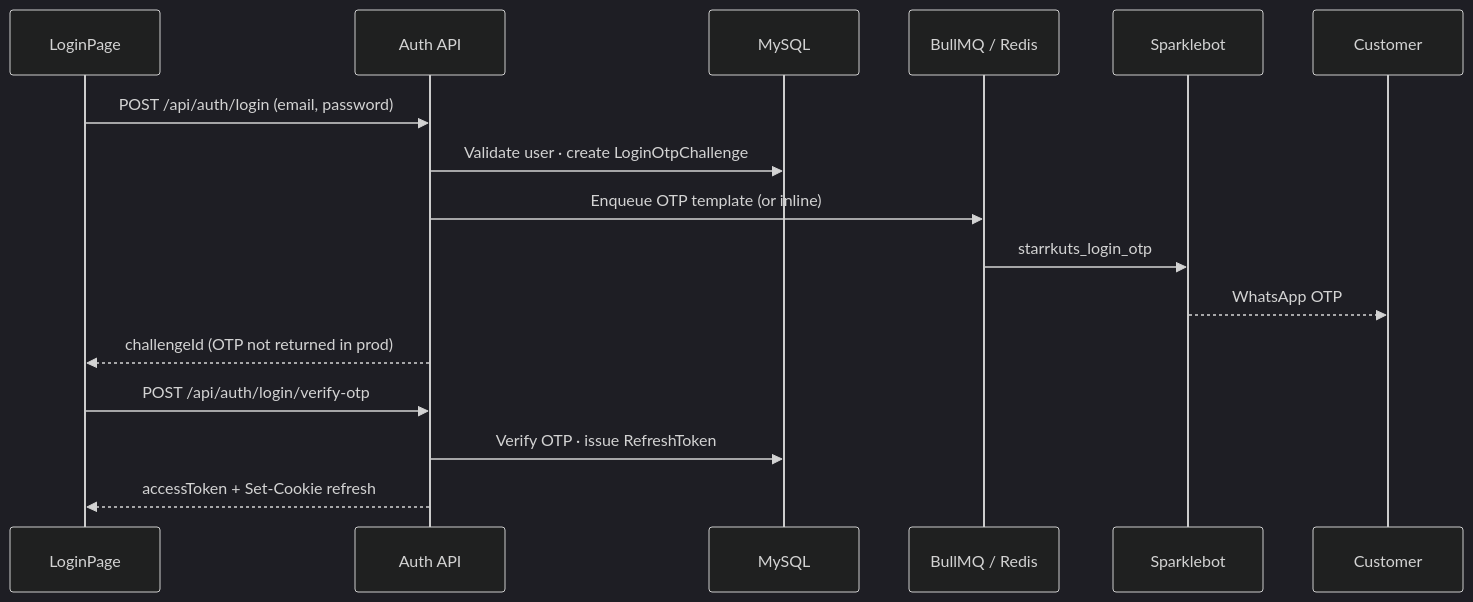
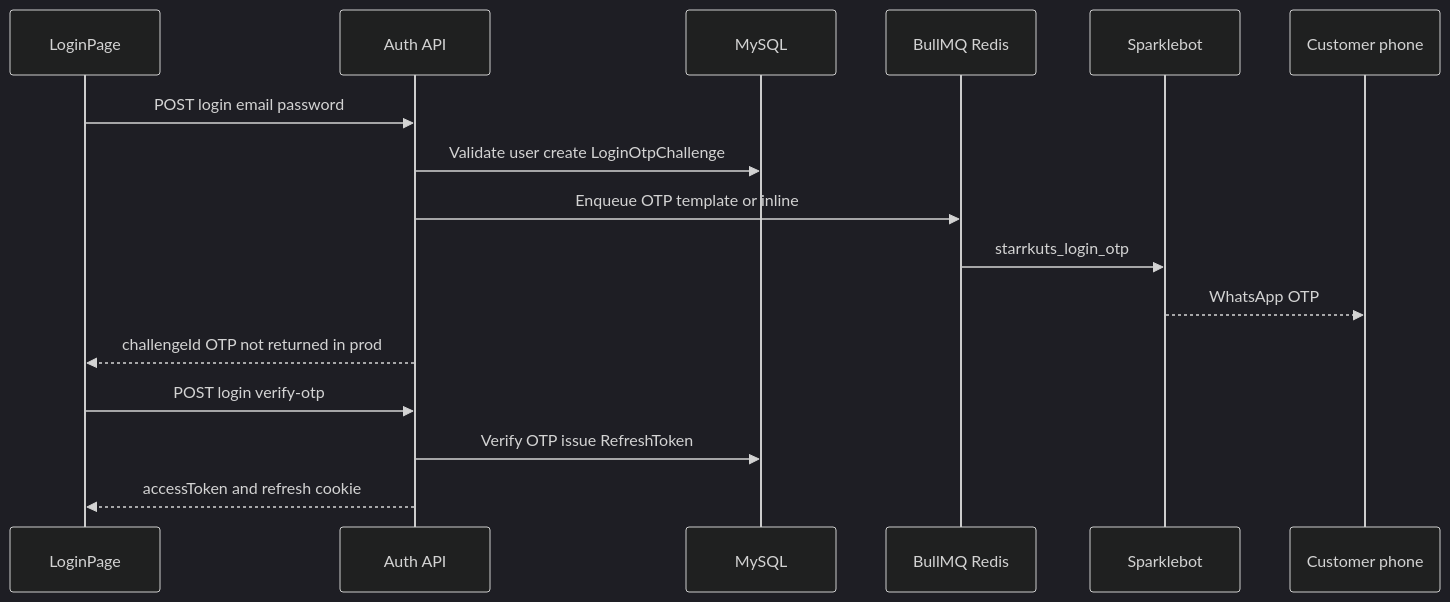
One commit to MetaForge-IT/BillVyapp-Production changed the sixth of 9 diagrams in ARCHITECTURE.md. Above: the diagram before and after it, drawn with Mermaid (dark theme). The commit also changed other lines of this file and 1 other file, not shown here.

Commit message:
docs: add V1 architecture and GitHub README landing page fixed the rich display

````diff
--- a/ARCHITECTURE.md
+++ b/ARCHITECTURE.md
@@ -334,18 +342,19 @@
 ```mermaid
 sequenceDiagram
   participant UI as LoginPage
   participant API as Auth API
   participant DB as MySQL
-  participant Q as BullMQ / Redis
+  participant Q as BullMQ Redis
   participant WA as Sparklebot
+  participant Cust as Customer phone
 
-  UI->>API: POST /api/auth/login (email, password)
-  API->>DB: Validate user · create LoginOtpChallenge
-  API->>Q: Enqueue OTP template (or inline)
+  UI->>API: POST login email password
+  API->>DB: Validate user create LoginOtpChallenge
+  API->>Q: Enqueue OTP template or inline
   Q->>WA: starrkuts_login_otp
-  WA-->>Customer: WhatsApp OTP
-  API-->>UI: challengeId (OTP not returned in prod)
-  UI->>API: POST /api/auth/login/verify-otp
-  API->>DB: Verify OTP · issue RefreshToken
-  API-->>UI: accessToken + Set-Cookie refresh
+  WA-->>Cust: WhatsApp OTP
+  API-->>UI: challengeId OTP not returned in prod
+  UI->>API: POST login verify-otp
+  API->>DB: Verify OTP issue RefreshToken
+  API-->>UI: accessToken and refresh cookie
 ```
````
